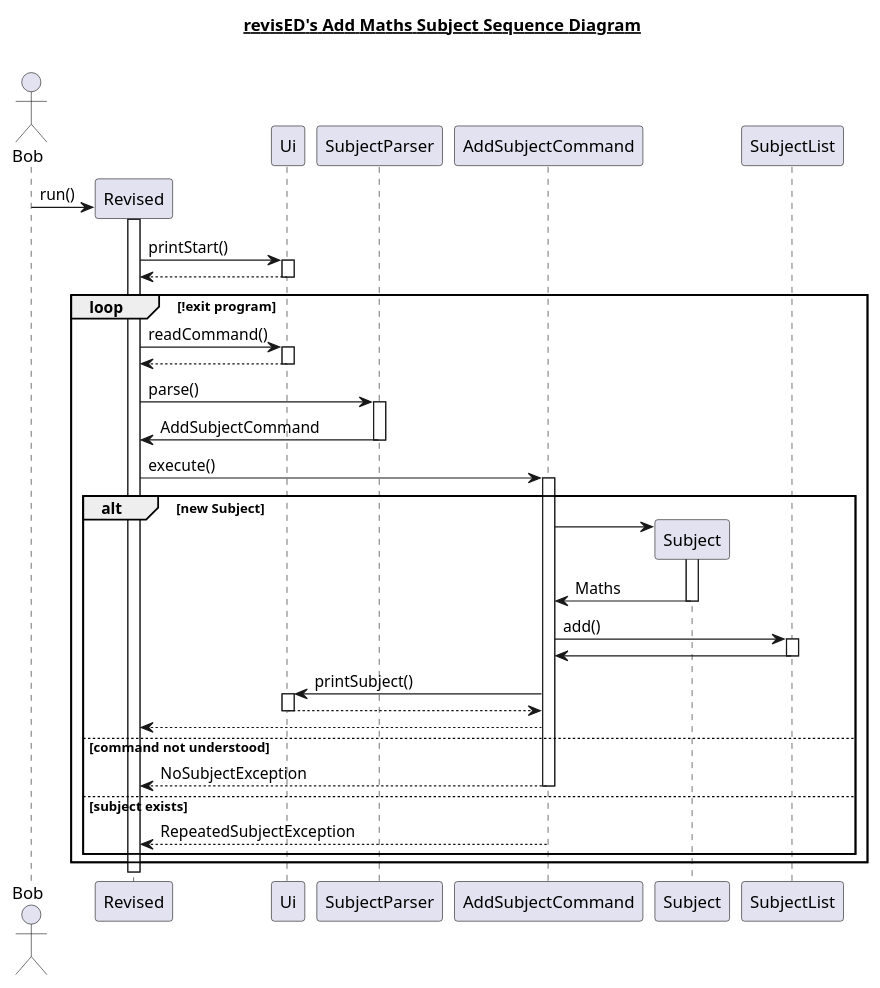
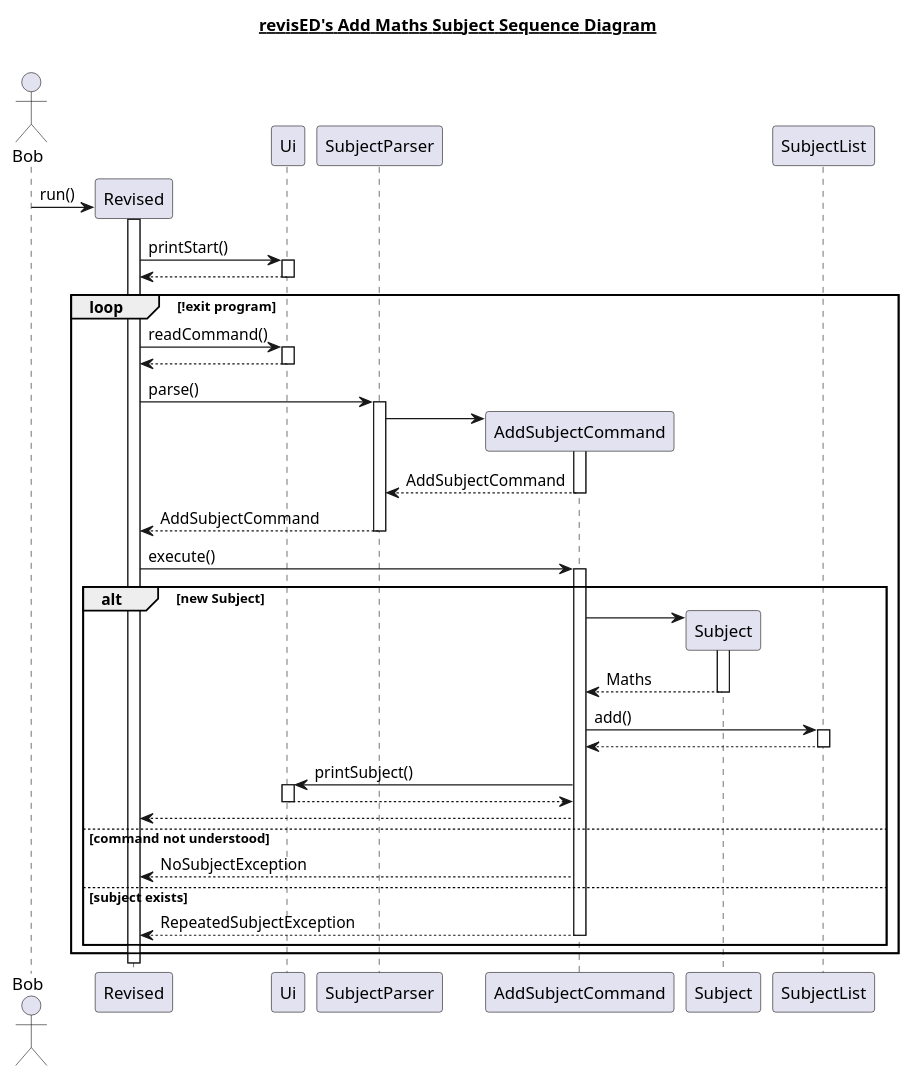
One commit to nus-cs2113-AY2021S1/tp changed the diagram in AddSubjectSequenceDiagram.puml. Above: the diagram before and after it, drawn with PlantUML. The commit also changed 1 other file, not shown here.

Commit message:
Add sequence diagram to access Math Subject corrected errors in sequence diagrams

```diff
--- a/AddSubjectSequenceDiagram.puml
+++ b/AddSubjectSequenceDiagram.puml
@@ -1,36 +1,34 @@
 @startuml
 title __revisED's Add Maths Subject Sequence Diagram__\n
 
 actor Bob
-Bob -> Revised** : run()
+Bob -> Revised**: run()
 activate Revised
-
-Revised -> Ui : printStart()
-activate Ui
+Revised -> Ui++: printStart()
 Ui --> Revised --
 loop !exit program
-Revised -> Ui : readCommand()
-activate Ui
+Revised -> Ui ++ : readCommand()
 Ui --> Revised --
-Revised -> SubjectParser : parse()
-activate SubjectParser
-SubjectParser -> Revised-- : AddSubjectCommand
-Revised -> AddSubjectCommand : execute()
+Revised -> SubjectParser ++ : parse()
+SubjectParser -> AddSubjectCommand**
 activate AddSubjectCommand
+AddSubjectCommand --> SubjectParser -- : AddSubjectCommand
+SubjectParser --> Revised-- : AddSubjectCommand
+Revised -> AddSubjectCommand ++ : execute()
 alt new Subject
 AddSubjectCommand -> Subject **
 activate Subject
-Subject -> AddSubjectCommand-- : Maths
+Subject --> AddSubjectCommand-- : Maths
 AddSubjectCommand -> SubjectList++ : add()
-SubjectList -> AddSubjectCommand--
+SubjectList --> AddSubjectCommand--
 AddSubjectCommand -> Ui ++: printSubject()
 Ui --> AddSubjectCommand --
 AddSubjectCommand --> Revised
 else command not understood
-AddSubjectCommand --> Revised -- : NoSubjectException
+AddSubjectCommand --> Revised  : NoSubjectException
 
 else subject exists
 AddSubjectCommand --> Revised -- : RepeatedSubjectException
 end
 end
 @enduml
```
